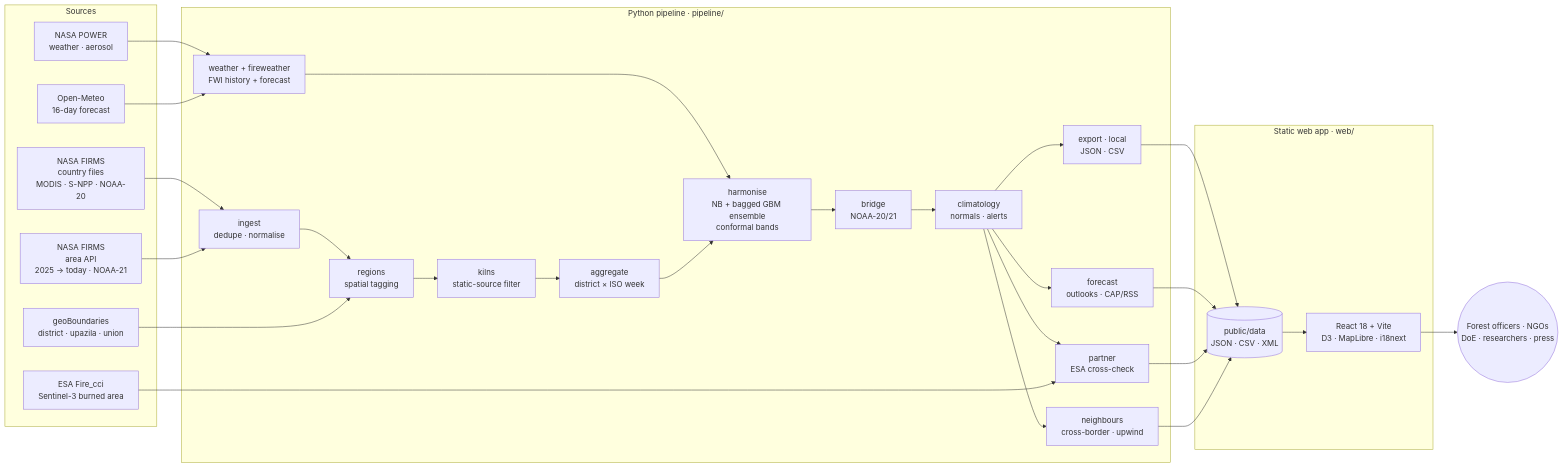
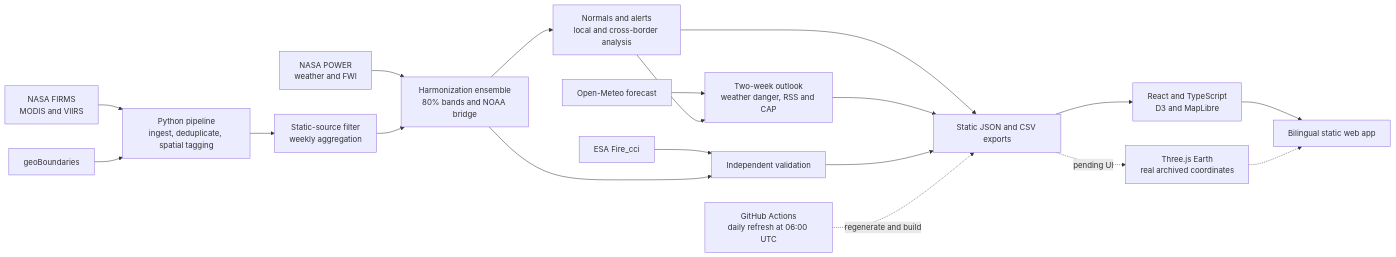
The diagram in README.md (Rockstatata/Agun-Panjika), drawn with Mermaid before and after one commit. The commit also changed other lines of this file and 2 other files, not shown here.

````diff
--- a/README.md
+++ b/README.md
@@ -138,41 +136,21 @@
 ```mermaid
 flowchart LR
-    subgraph SRC["Sources"]
-        F1["NASA FIRMS<br/>country files<br/>MODIS · S-NPP · NOAA-20"]
-        F2["NASA FIRMS<br/>area API<br/>2025 → today · NOAA-21"]
-        P1["NASA POWER<br/>weather · aerosol"]
-        E1["ESA Fire_cci<br/>Sentinel-3 burned area"]
-        G1["geoBoundaries<br/>district · upazila · union"]
-        O1["Open-Meteo<br/>16-day forecast"]
-    end
-
-    subgraph PIPE["Python pipeline · pipeline/"]
-        I["ingest<br/>dedupe · normalise"] --> R["regions<br/>spatial tagging"]
-        R --> K["kilns<br/>static-source filter"]
-        K --> A["aggregate<br/>district × ISO week"]
-        W["weather + fireweather<br/>FWI history + forecast"] --> H
-        A --> H["harmonise<br/>NB + bagged GBM ensemble<br/>conformal bands"]
-        H --> B["bridge<br/>NOAA-20/21"]
-        B --> C["climatology<br/>normals · alerts"]
-        C --> X["export · local<br/>JSON · CSV"]
-        C --> FC["forecast<br/>outlooks · CAP/RSS"]
-        C --> PT["partner<br/>ESA cross-check"]
-        C --> NB["neighbours<br/>cross-border · upwind"]
-    end
-
-    subgraph WEB["Static web app · web/"]
-        J[("public/data<br/>JSON · CSV · XML")] --> APP["React 18 + Vite<br/>D3 · MapLibre · i18next"]
-    end
-
-    F1 --> I
-    F2 --> I
-    G1 --> R
-    P1 --> W
-    O1 --> W
-    E1 --> PT
-    X --> J
-    FC --> J
-    PT --> J
-    NB --> J
-    APP --> U(("Forest officers · NGOs<br/>DoE · researchers · press"))
+    F["NASA FIRMS<br/>MODIS and VIIRS"] --> I["Python pipeline<br/>ingest, deduplicate, spatial tagging"]
+    G["geoBoundaries"] --> I
+    I --> K["Static-source filter<br/>weekly aggregation"]
+    P["NASA POWER<br/>weather and FWI"] --> H["Harmonization ensemble<br/>80% bands and NOAA bridge"]
+    K --> H
+    H --> C["Normals and alerts<br/>local and cross-border analysis"]
+    O["Open-Meteo forecast"] --> W["Two-week outlook<br/>weather danger, RSS and CAP"]
+    C --> W
+    E["ESA Fire_cci"] --> V["Independent validation"]
+    H --> V
+    C --> X["Static JSON and CSV exports"]
+    W --> X
+    V --> X
+    X --> R["React and TypeScript<br/>D3 and MapLibre"]
+    X -. "pending UI" .-> T["Three.js Earth<br/>real archived coordinates"]
+    A["GitHub Actions<br/>daily refresh at 06:00 UTC"] -. "regenerate and build" .-> X
+    R --> U["Bilingual static web app"]
+    T -.-> U
 ```
````
